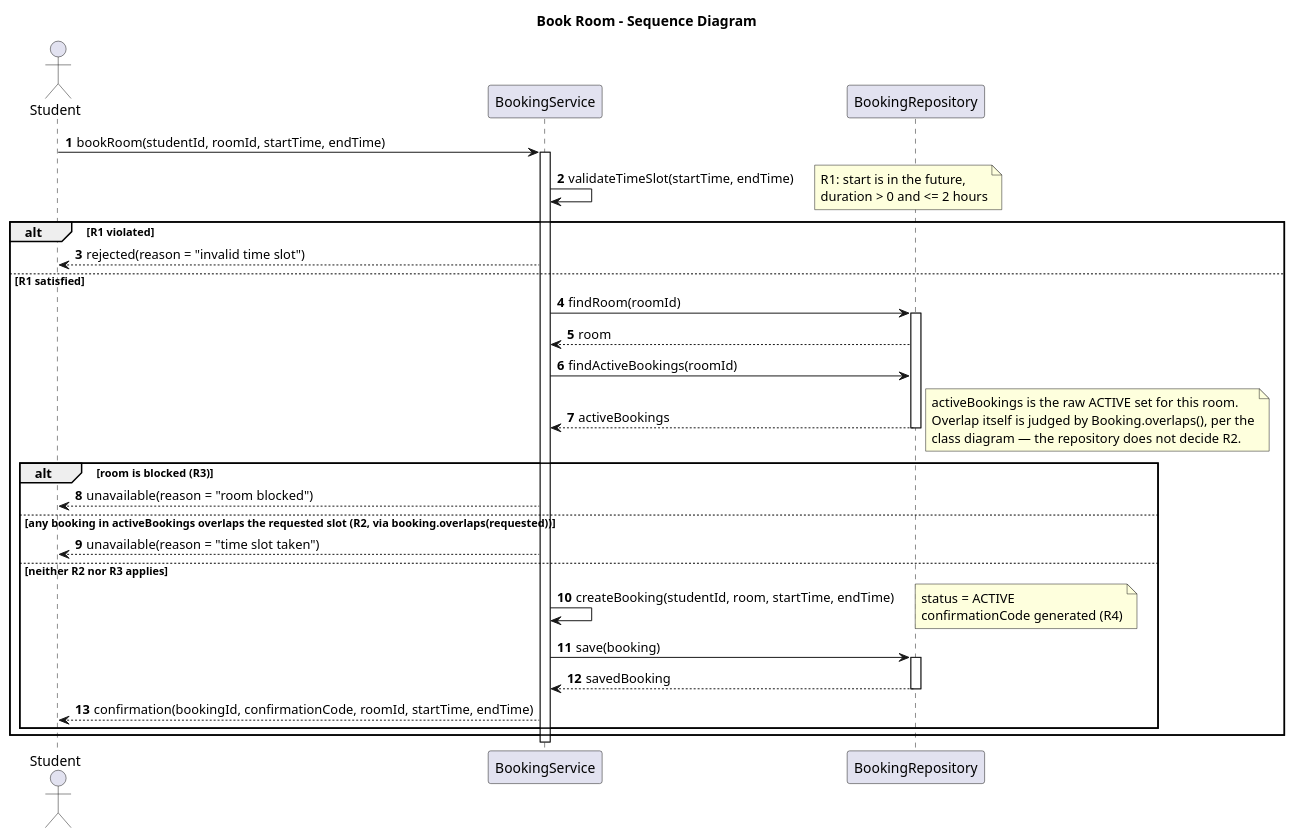
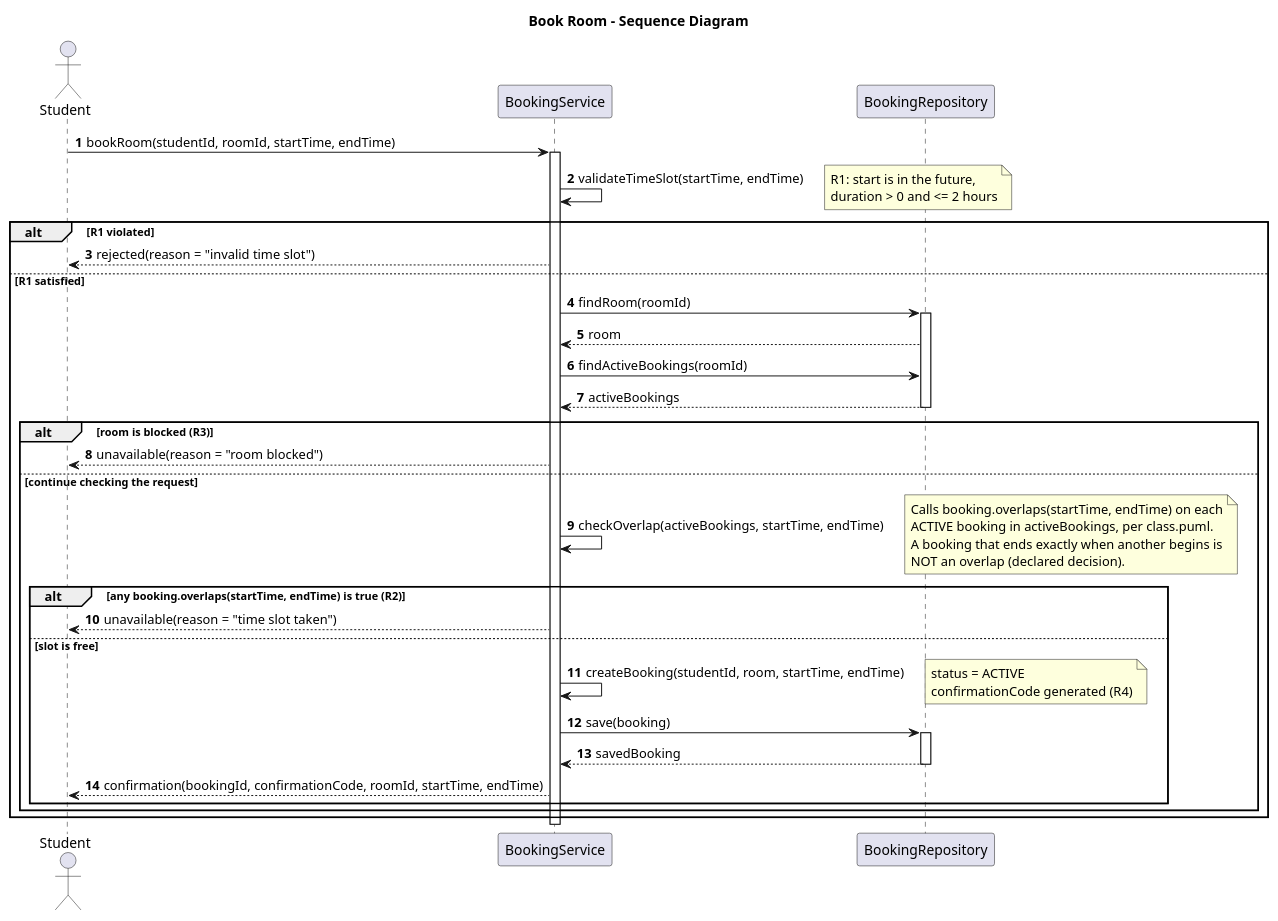
Before and after one commit to kuanysh14/se-practice: the diagram in week-04/models/sequence.puml, drawn with PlantUML. The commit also changed 7 other files, not shown here.

```diff
--- a/week-04/models/sequence.puml
+++ b/week-04/models/sequence.puml
@@ -1,53 +1,58 @@
 @startuml
 title Book Room - Sequence Diagram
 autonumber
 
 actor Student
 participant BookingService
 participant BookingRepository
 
 Student -> BookingService : bookRoom(studentId, roomId, startTime, endTime)
 activate BookingService
 
 BookingService -> BookingService : validateTimeSlot(startTime, endTime)
 note right
   R1: start is in the future,
   duration > 0 and <= 2 hours
 end note
 
 alt R1 violated
   BookingService --> Student : rejected(reason = "invalid time slot")
 else R1 satisfied
   BookingService -> BookingRepository : findRoom(roomId)
   activate BookingRepository
   BookingRepository --> BookingService : room
 
   BookingService -> BookingRepository : findActiveBookings(roomId)
   BookingRepository --> BookingService : activeBookings
   deactivate BookingRepository
-  note right
-    activeBookings is the raw ACTIVE set for this room.
-    Overlap itself is judged by Booking.overlaps(), per the
-    class diagram — the repository does not decide R2.
-  end note
 
   alt room is blocked (R3)
     BookingService --> Student : unavailable(reason = "room blocked")
-  else any booking in activeBookings overlaps the requested slot (R2, via booking.overlaps(requested))
-    BookingService --> Student : unavailable(reason = "time slot taken")
-  else neither R2 nor R3 applies
-    BookingService -> BookingService : createBooking(studentId, room, startTime, endTime)
+  else continue checking the request
+    BookingService -> BookingService : checkOverlap(activeBookings, startTime, endTime)
     note right
-      status = ACTIVE
-      confirmationCode generated (R4)
+      Calls booking.overlaps(startTime, endTime) on each
+      ACTIVE booking in activeBookings, per class.puml.
+      A booking that ends exactly when another begins is
+      NOT an overlap (declared decision).
     end note
-    BookingService -> BookingRepository : save(booking)
-    activate BookingRepository
-    BookingRepository --> BookingService : savedBooking
-    deactivate BookingRepository
-    BookingService --> Student : confirmation(bookingId, confirmationCode, roomId, startTime, endTime)
+
+    alt any booking.overlaps(startTime, endTime) is true (R2)
+      BookingService --> Student : unavailable(reason = "time slot taken")
+    else slot is free
+      BookingService -> BookingService : createBooking(studentId, room, startTime, endTime)
+      note right
+        status = ACTIVE
+        confirmationCode generated (R4)
+      end note
+      BookingService -> BookingRepository : save(booking)
+      activate BookingRepository
+      BookingRepository --> BookingService : savedBooking
+      deactivate BookingRepository
+      BookingService --> Student : confirmation(bookingId, confirmationCode, roomId, startTime, endTime)
+    end
   end
 end
 
 deactivate BookingService
 @enduml
```
